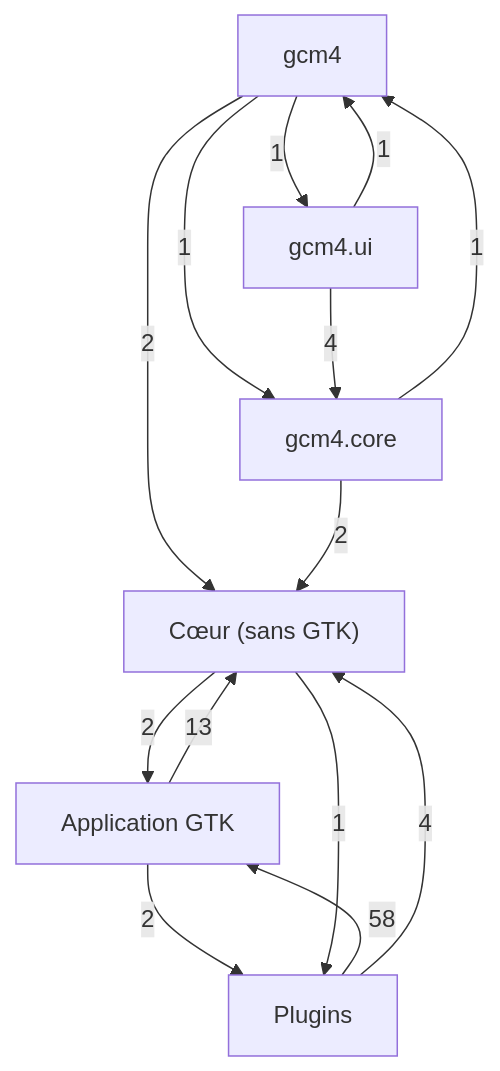
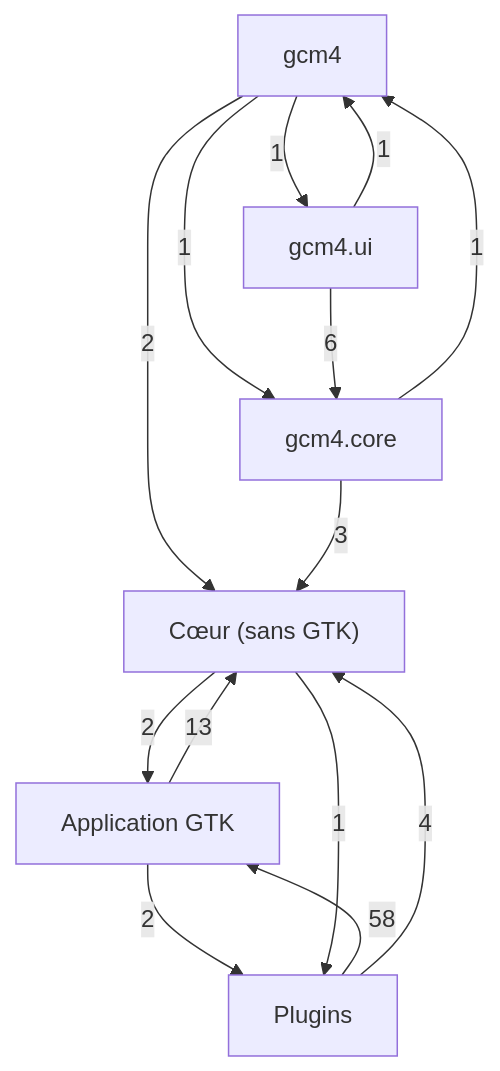
Before and after one commit to Mathide-Team/Gcm4: the first of 7 diagrams in docs/class-diagram.md, drawn with Mermaid. The commit also changed other lines of this file and 12 other files, not shown here.

````diff
--- a/docs/class-diagram.md
+++ b/docs/class-diagram.md
@@ -21,22 +21,22 @@
 ```mermaid
 flowchart TD
     g0["Cœur (sans GTK)"]
     g1["Application GTK"]
     g2["Plugins"]
     g3["gcm4"]
     g4["gcm4.core"]
     g5["gcm4.ui"]
     g1 -->|13| g0
     g1 -->|2| g2
     g0 -->|2| g1
     g0 -->|1| g2
     g2 -->|58| g1
     g2 -->|4| g0
     g3 -->|2| g0
     g3 -->|1| g4
     g3 -->|1| g5
-    g4 -->|2| g0
+    g4 -->|3| g0
     g4 -->|1| g3
     g5 -->|1| g3
-    g5 -->|4| g4
+    g5 -->|6| g4
 ```
````
